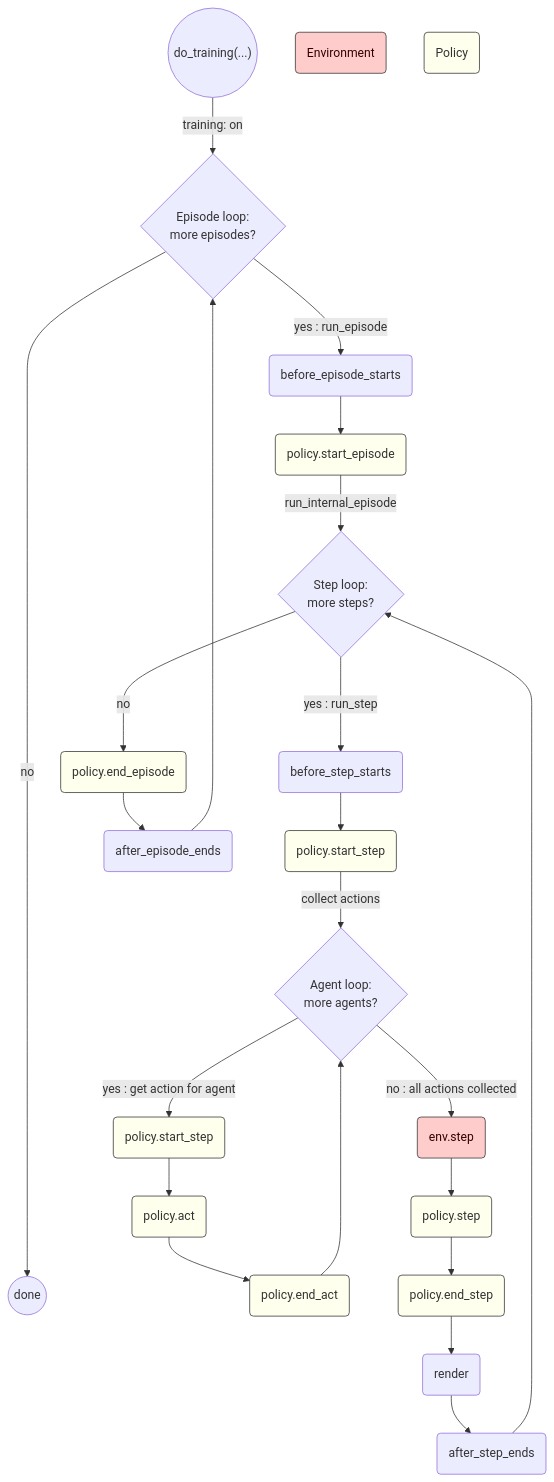
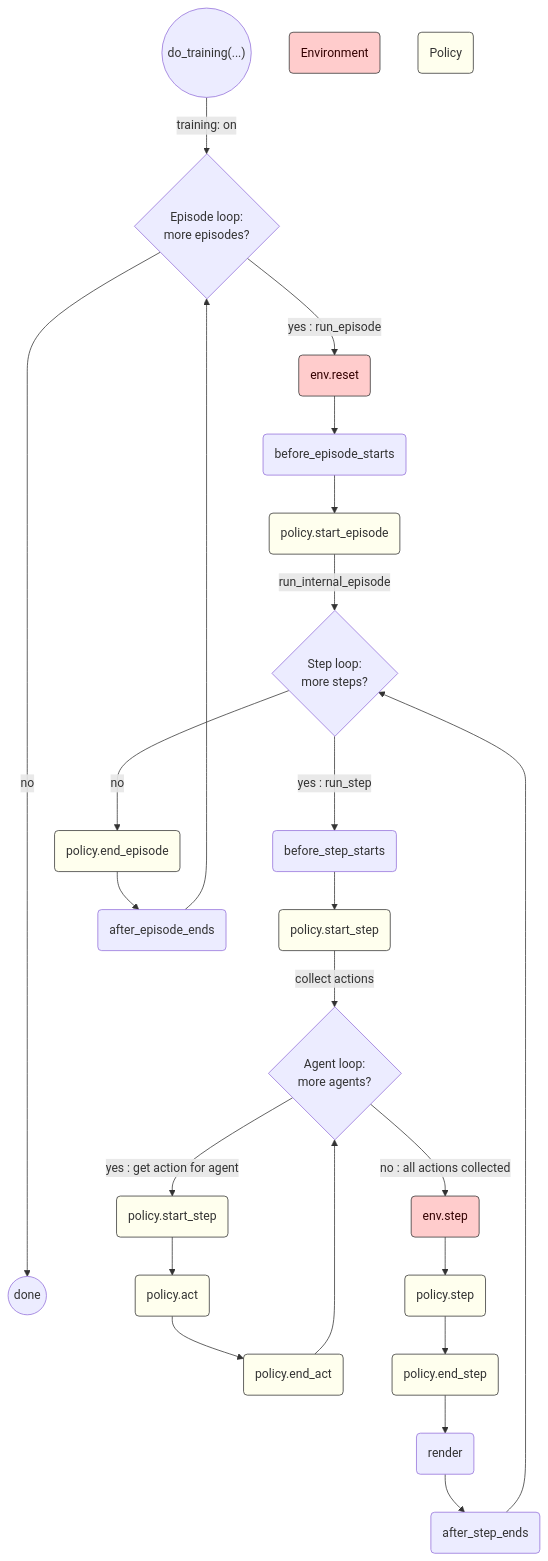
The third of 3 diagrams in README.md (aiAdrian/flatland_solver_policy), drawn with Mermaid before and after one commit.

````diff
--- a/README.md
+++ b/README.md
@@ -108,41 +108,43 @@
 ```mermaid
 flowchart TD
     Solver(("do_training(...)"))
     Solver --> |training: on| C{Episode loop:\n more episodes?}
     C -------------> |no| End(( done ))
-    C --> |yes : run_episode| D1(before_episode_starts)
+    C --> |yes : run_episode| D0(env.reset)
+    D0 -->  D1(before_episode_starts)
     D1 --> D2(policy.start_episode)
     D2 --> |run_internal_episode| E{Step loop:\n more steps?}
     F1 --> |collect actions| G{Agent loop:\n more agents?}
     E ---> |yes : run_step| E1(before_step_starts)
     E1 --> F1(policy.start_step)
     G -->  |yes : get action for agent| G1(policy.start_step)
     G1 --> G2(policy.act)
     G2 --> G3(policy.end_act)
     G3 --> G
     G --> |no : all actions collected|F2(env.step)
     F2 --> F3(policy.step)
     F3 --> F4(policy.end_step)
     F6 --> E 
     D5 --> C
     E ---> |no| D4(policy.end_episode)
     D4 --> D5(after_episode_ends) 
     F4 --> F5(render)
     F5 --> F6(after_step_ends)
     
     Env(Environment)
     Policy(Policy)
     
     style D2 fill:#ffe,stroke:#333,stroke-width:1px 
     style F1 fill:#ffe,stroke:#333,stroke-width:1px 
     style D4 fill:#ffe,stroke:#333,stroke-width:1px 
     style G1 fill:#ffe,stroke:#333,stroke-width:1px 
     style G2 fill:#ffe,stroke:#333,stroke-width:1px 
     style G3 fill:#ffe,stroke:#333,stroke-width:1px 
     style F3 fill:#ffe,stroke:#333,stroke-width:1px 
     style F4 fill:#ffe,stroke:#333,stroke-width:1px 
 
     style Policy fill:#ffe,stroke:#333,stroke-width:1px 
+    style D0 fill:#fcc,stroke:#333,stroke-width:1px,color:#300
     style F2 fill:#fcc,stroke:#333,stroke-width:1px,color:#300
     style Env fill:#fcc,stroke:#333,stroke-width:1px,color:#300
 ```
````
